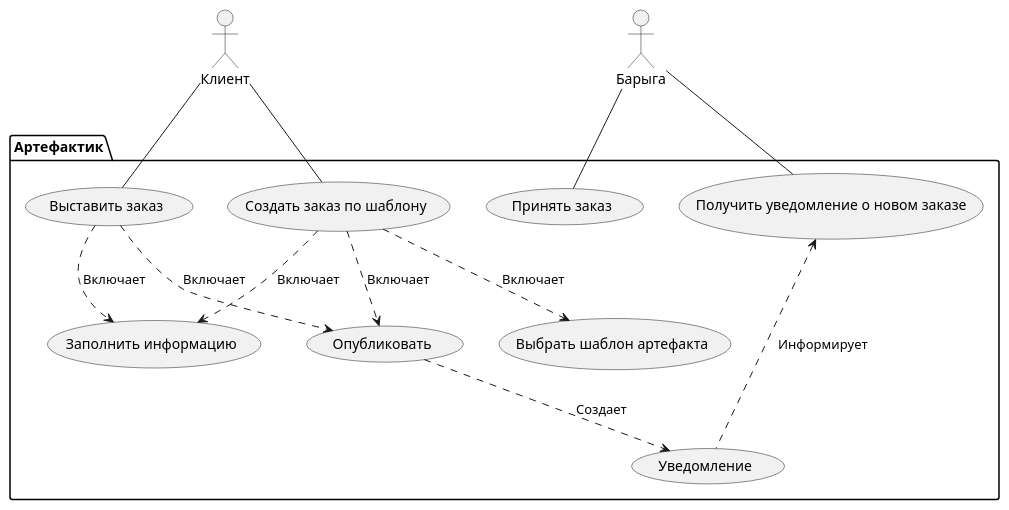
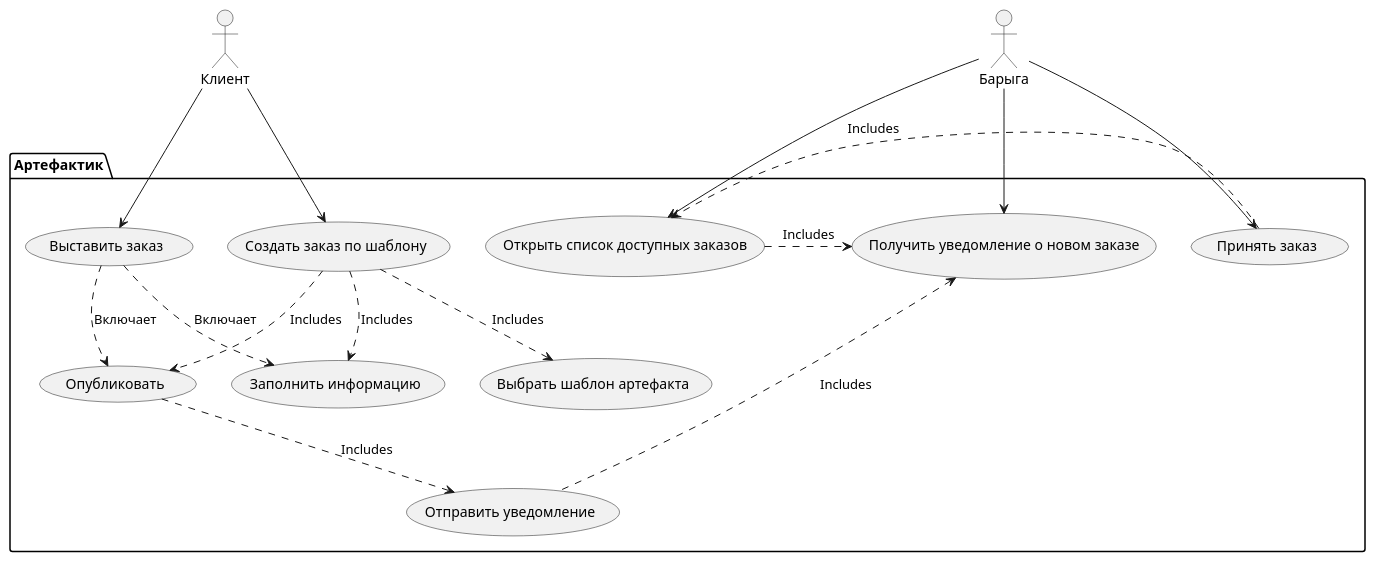
The diagram in use-cases/client/create_order.puml (avdosev/itmo-software-diagrams), drawn with PlantUML before and after one commit. The commit also changed 1 other file, not shown here.

```diff
--- a/use-cases/client/create_order.puml
+++ b/use-cases/client/create_order.puml
@@ -1,32 +1,38 @@
 @startuml
 actor Клиент as Client
 actor Барыга as Sidor
 
 package "Артефактик" {
-    usecase "Выставить заказ" as Order
-    usecase "Заполнить информацию" as Info
-    usecase "Опубликовать" as Pub
+    usecase "Выставить заказ" as CreateOrder
+    usecase "Заполнить информацию" as FillOrderInfo
+    usecase "Опубликовать" as PublishOrder
 
-    usecase "Создать заказ по шаблону" as TemaplateOrder
-    usecase "Выбрать шаблон артефакта" as Temaplate
+    usecase "Создать заказ по шаблону" as CreateOrderByTemplate
+    usecase "Выбрать шаблон артефакта" as SelectOrderTemplate
 
-    Order ..> Info : "Включает"
-    Order ..> Pub : "Включает"
+    CreateOrder ..> FillOrderInfo : "Включает"
+    CreateOrder ..> PublishOrder : "Включает"
     
-    TemaplateOrder ..> Temaplate : "Включает"
-    TemaplateOrder .> Info : "Включает"
-    TemaplateOrder ..> Pub : "Включает" 
+    CreateOrderByTemplate ..> SelectOrderTemplate : "Includes"
+    CreateOrderByTemplate .> FillOrderInfo : "Includes"
+    CreateOrderByTemplate ..> PublishOrder : "Includes" 
 
     usecase "Принять заказ" as AcceptOrder
-    usecase "Уведомление" as Notice
-    usecase "Получить уведомление о новом заказе" as NoticeOrder
+    usecase "Отправить уведомление" as SendNotification
+    usecase "Получить уведомление о новом заказе" as ReceiveNotification
 
-    Pub ..> Notice : "Создает"
-    NoticeOrder <... Notice : "Информирует"
+    usecase "Открыть список доступных заказов" as GetOrderList
+
+    PublishOrder ..> SendNotification : "Includes"
+    ReceiveNotification <... SendNotification : "Includes"
+
+    GetOrderList .> ReceiveNotification: "Includes"
+    AcceptOrder .> GetOrderList : "Includes"
 }
 
-Client -- Order
-Client -- TemaplateOrder
-Sidor -- AcceptOrder
-Sidor -- NoticeOrder
+Client --> CreateOrder
+Client --> CreateOrderByTemplate
+Sidor --> AcceptOrder
+Sidor --> ReceiveNotification
+Sidor --> GetOrderList 
 @enduml
```
